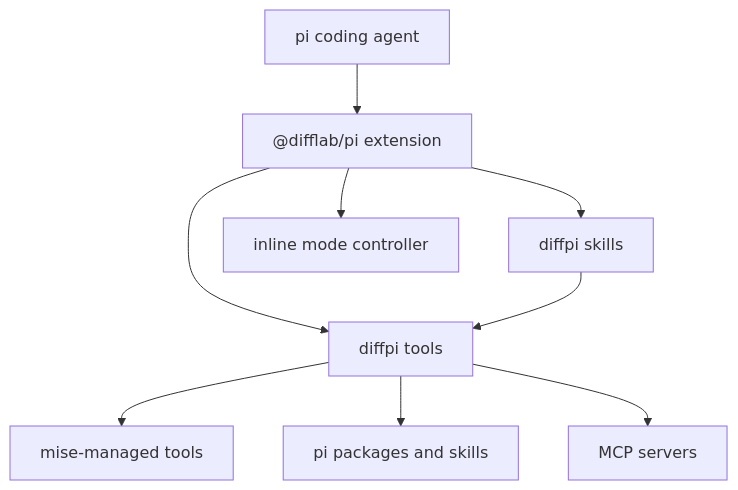
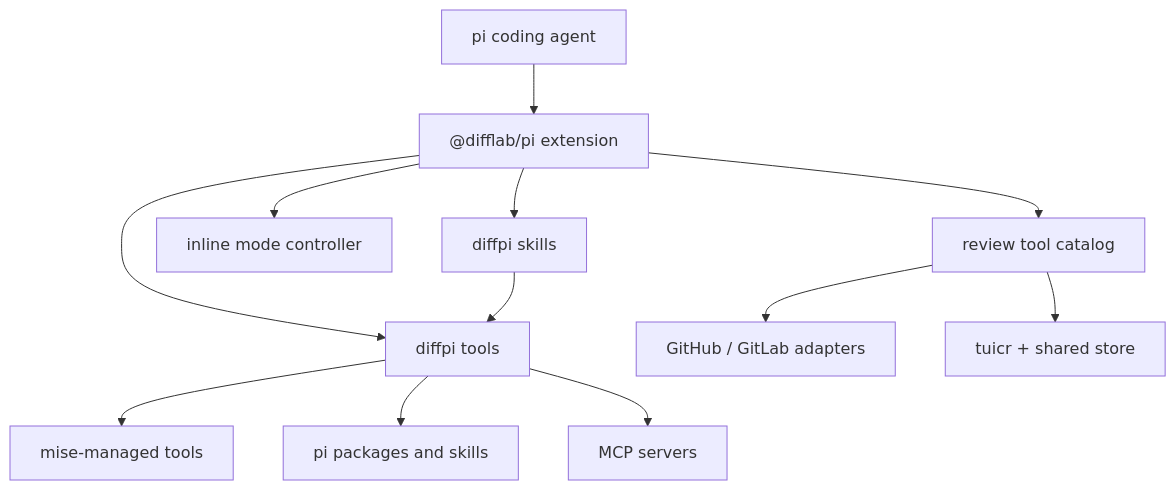
Before and after one commit to difflab-io/diffpi: the diagram in docs/architecture/index.md, drawn with Mermaid. The commit also changed other lines of this file and 20 other files, not shown here.

Commit message:
fix(review): address forge workflow gaps

````diff
--- a/docs/architecture/index.md
+++ b/docs/architecture/index.md
@@ -28,11 +29,14 @@
 ```mermaid
 graph TD
     Pi["pi coding agent"] --> Extension["@difflab/pi extension"]
     Extension --> Tools["diffpi tools"]
     Extension --> Skills["diffpi skills"]
     Extension --> Modes["inline mode controller"]
+    Extension --> Review["review tool catalog"]
     Skills --> Tools
+    Review --> Forge["GitHub / GitLab adapters"]
+    Review --> Tuicr["tuicr + shared store"]
     Tools --> Mise["mise-managed tools"]
     Tools --> Packages["pi packages and skills"]
     Tools --> MCP["MCP servers"]
 ```
````
